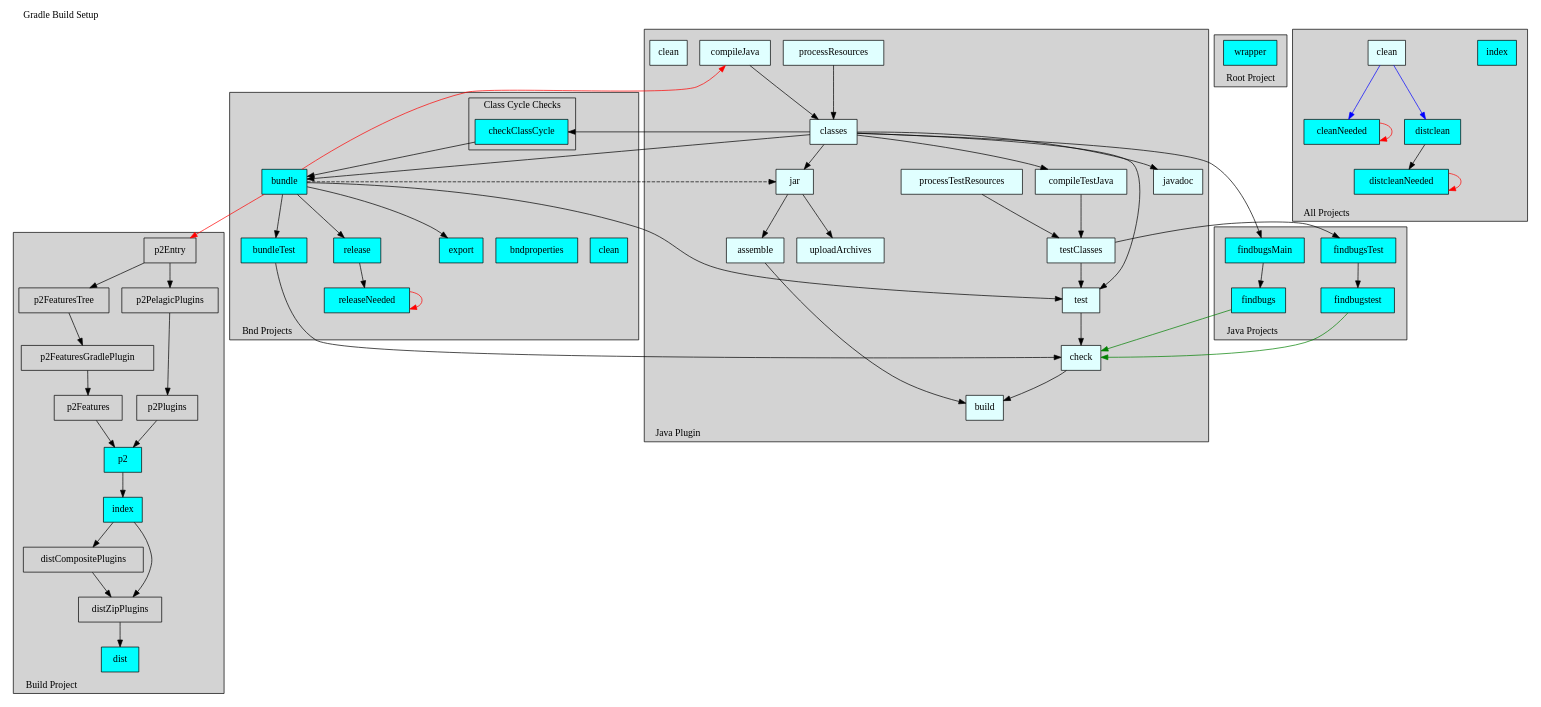
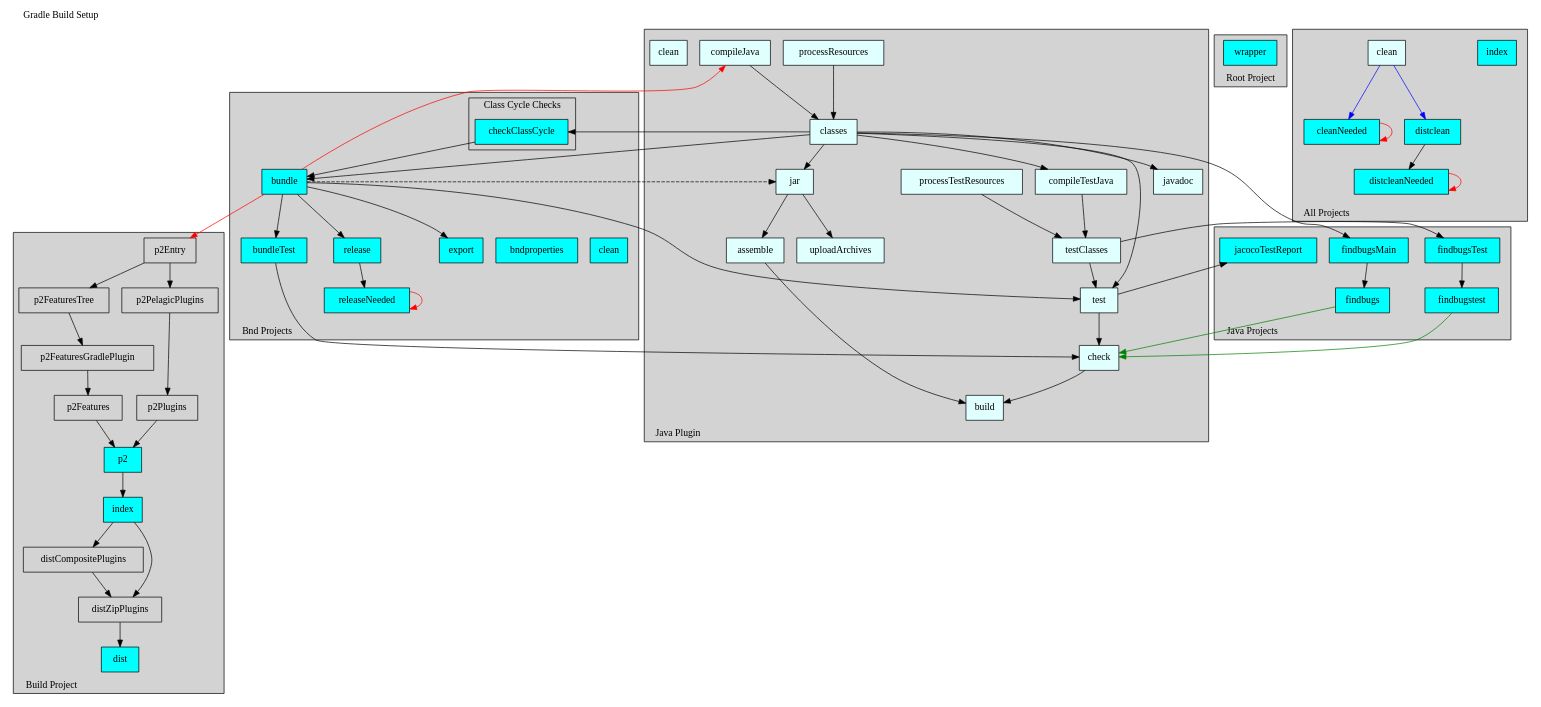
Before and after one commit to paulvi/bndtoolsPlugins: the diagram in cnf/gradle/doc/pelagic.dot, drawn with Graphviz. The commit also changed 11 other files, not shown here.

```diff
--- a/cnf/gradle/doc/pelagic.dot
+++ b/cnf/gradle/doc/pelagic.dot
@@ -149,12 +149,15 @@
       findbugsMain         [shape=box, style=filled, fillcolor=cyan     , label="findbugsMain"        ]
     }
 
+    jacocoTestReport       [shape=box, style=filled, fillcolor=cyan     , label="jacocoTestReport"    ]
+
     classes                -> findbugsMain
     testClasses            -> findbugsTest
     findbugsMain           -> findbugs
     findbugsTest           -> findbugstest
     findbugs               -> check              [color=green ]
     findbugstest           -> check              [color=green ]
+    test                   -> jacocoTestReport
   }
 
 
```
